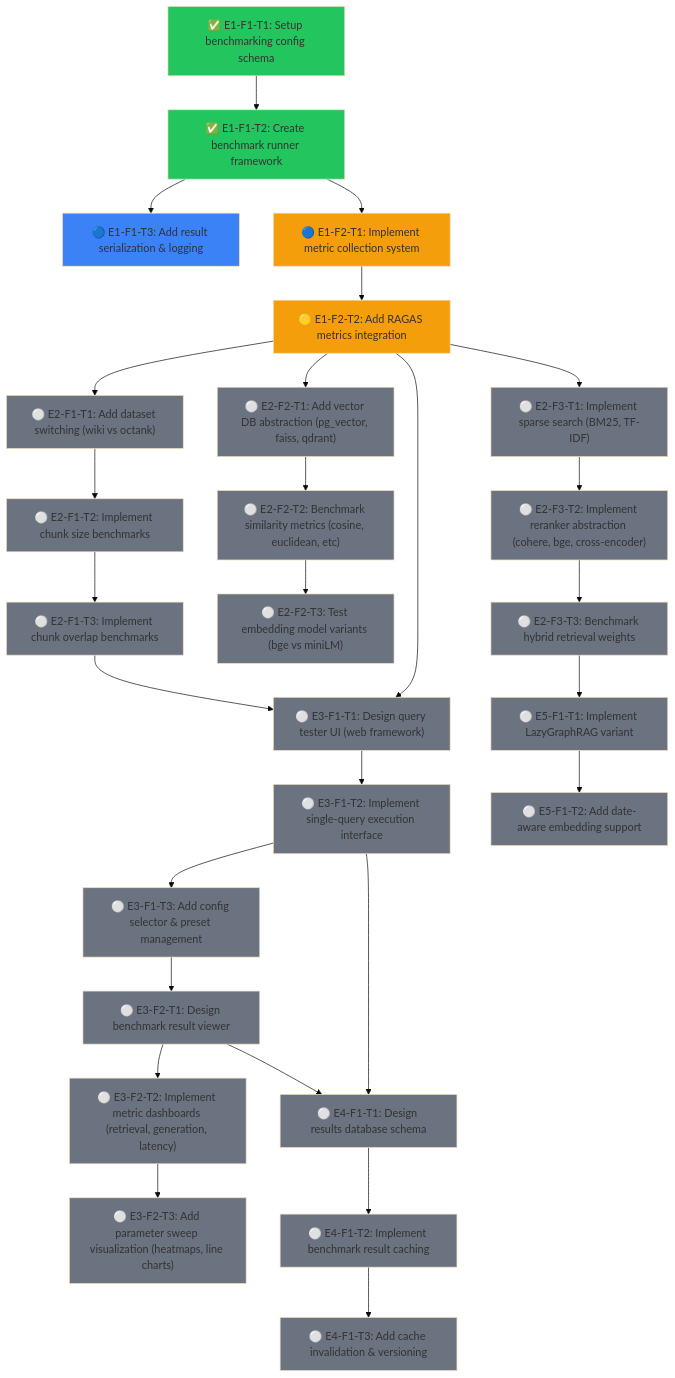
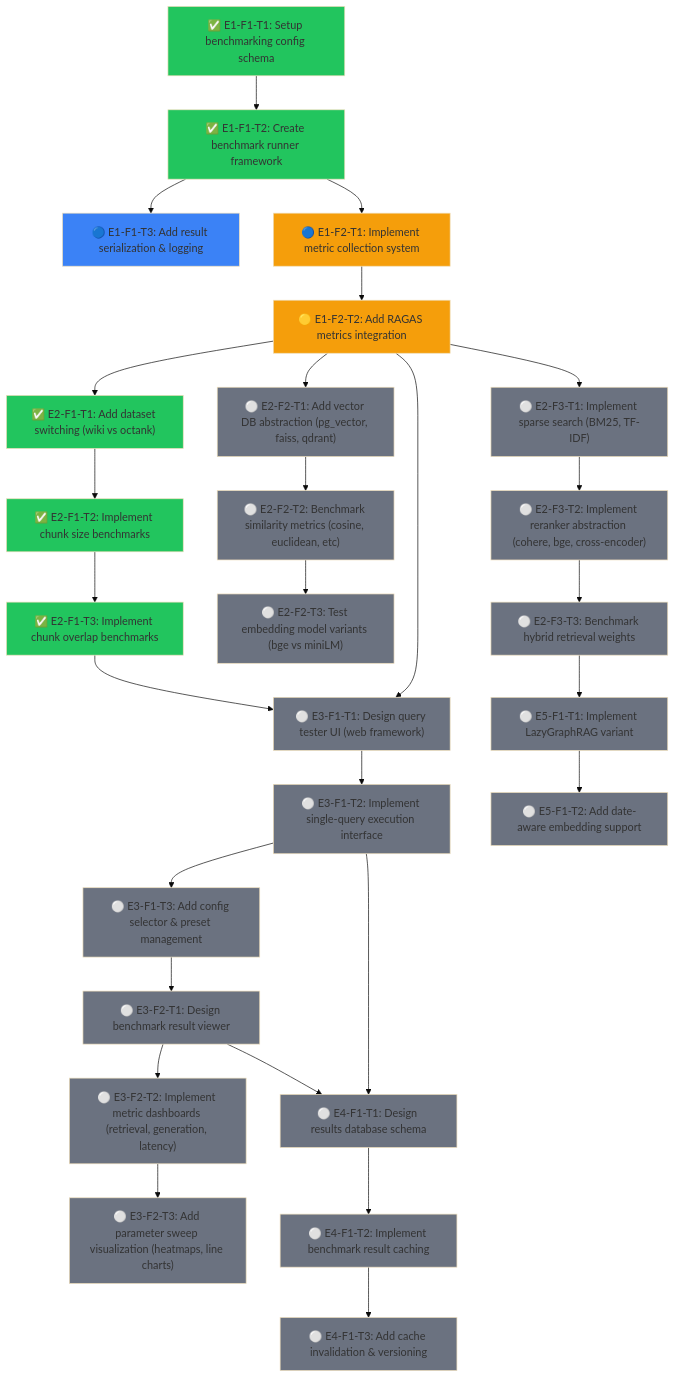
Before and after one commit to Vutiot/EvenementsRAG: the diagram in ROADMAP.md, drawn with Mermaid (base theme). The commit also changed other lines of this file and 12 other files, not shown here.

First line of the commit message:
E2-F1-T1/T2/T3: dataset switching + chunk size & overlap sweep methods

```diff
--- a/ROADMAP.md
+++ b/ROADMAP.md
@@ -19,9 +19,9 @@
   E1F2T1["🔵 E1-F2-T1: Implement metric collection system"]
   E1F2T2["🟡 E1-F2-T2: Add RAGAS metrics integration"]
 
-  E2F1T1["⚪ E2-F1-T1: Add dataset switching (wiki vs octank)"]
-  E2F1T2["⚪ E2-F1-T2: Implement chunk size benchmarks"]
-  E2F1T3["⚪ E2-F1-T3: Implement chunk overlap benchmarks"]
+  E2F1T1["✅ E2-F1-T1: Add dataset switching (wiki vs octank)"]
+  E2F1T2["✅ E2-F1-T2: Implement chunk size benchmarks"]
+  E2F1T3["✅ E2-F1-T3: Implement chunk overlap benchmarks"]
 
   E2F2T1["⚪ E2-F2-T1: Add vector DB abstraction (pg_vector, faiss, qdrant)"]
   E2F2T2["⚪ E2-F2-T2: Benchmark similarity metrics (cosine, euclidean, etc)"]
@@ -82,9 +82,9 @@
   style E1F1T3 fill:#3b82f6
   style E1F2T1 fill:#f59e0b
   style E1F2T2 fill:#f59e0b
-  style E2F1T1 fill:#6b7280
-  style E2F1T2 fill:#6b7280
-  style E2F1T3 fill:#6b7280
+  style E2F1T1 fill:#22c55e
+  style E2F1T2 fill:#22c55e
+  style E2F1T3 fill:#22c55e
   style E2F2T1 fill:#6b7280
   style E2F2T2 fill:#6b7280
   style E2F2T3 fill:#6b7280
```
